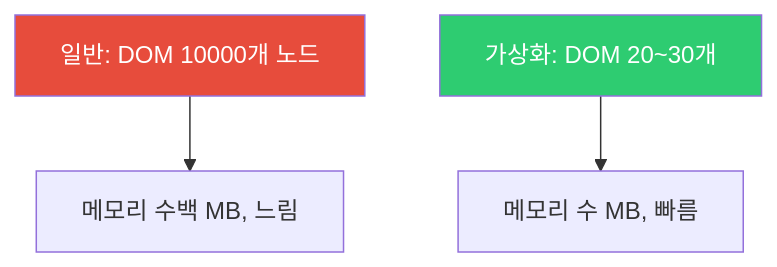
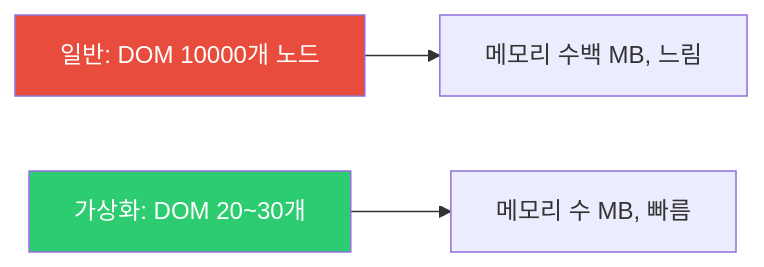
The fourth of 5 diagrams in _posts/frontend/2026-05-02-react-performance.md (yjkim2015/yjkim2015.github.io), drawn with Mermaid before and after one commit. The commit also changed 139 other files, not shown here.

First line of the commit message:
graph TD → LR 전환 완료 + Rate Limiter 차단기준/봇방어 통합

````diff
--- a/_posts/frontend/2026-05-02-react-performance.md
+++ b/_posts/frontend/2026-05-02-react-performance.md
@@ -236,11 +236,11 @@
 ```mermaid
-graph TD
+graph LR
     DOM1["일반: DOM 10000개 노드"]
     MEM1["메모리 수백 MB, 느림"]
     DOM2["가상화: DOM 20~30개"]
     MEM2["메모리 수 MB, 빠름"]
     DOM1 --> MEM1
     DOM2 --> MEM2
     style DOM1 fill:#e74c3c,color:#fff
     style DOM2 fill:#2ecc71,color:#fff
 ```
````
